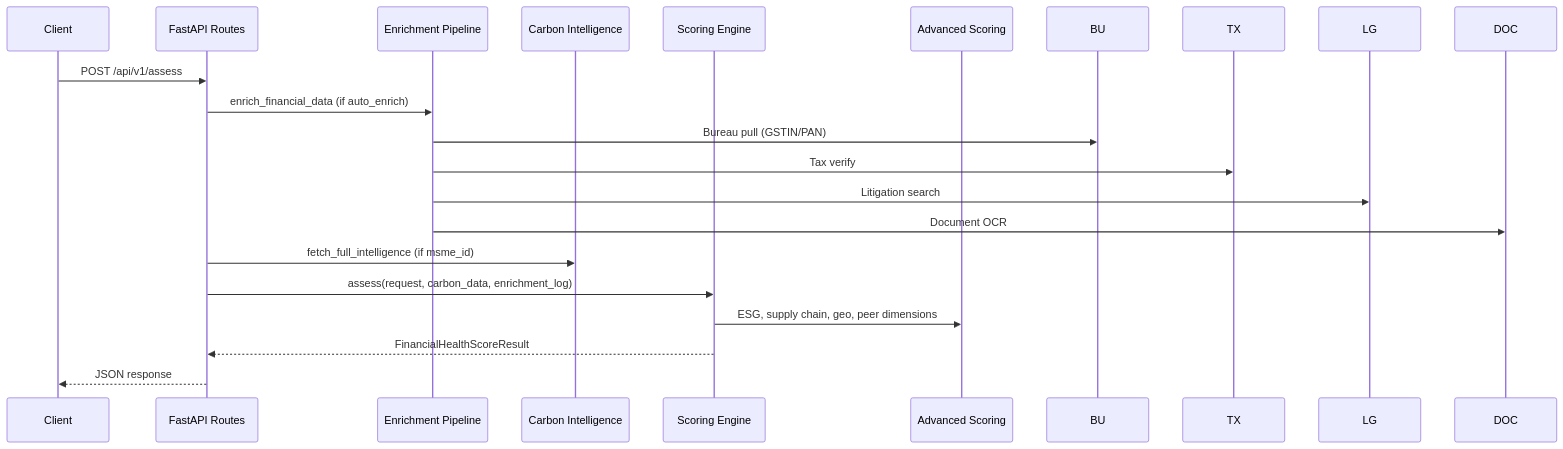
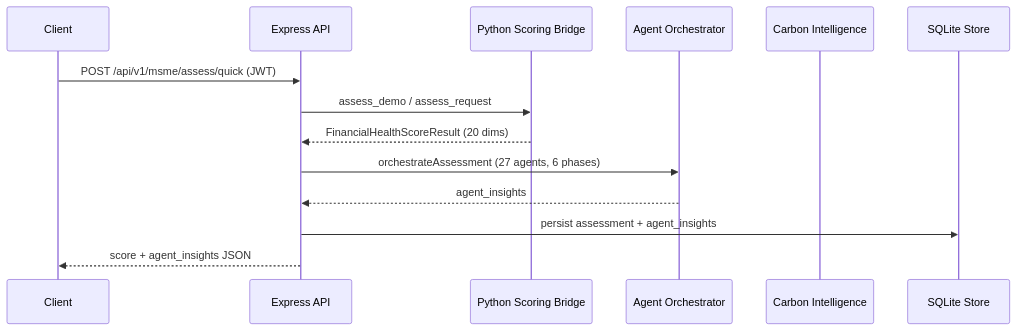
One commit to carbonintelli/FinancialHealthScore changed the second of 3 diagrams in docs/ARCHITECTURE.md. Above: the diagram before and after it, drawn with Mermaid. The commit also changed other lines of this file and 7 other files, not shown here.

````diff
--- a/docs/ARCHITECTURE.md
+++ b/docs/ARCHITECTURE.md
@@ -43,21 +50,17 @@
 ```mermaid
 sequenceDiagram
     participant Client
-    participant API as FastAPI Routes
-    participant Enrich as Enrichment Pipeline
+    participant API as Express API
+    participant Bridge as Python Scoring Bridge
+    participant Orch as Agent Orchestrator
     participant CI as Carbon Intelligence
-    participant Engine as Scoring Engine
-    participant Adv as Advanced Scoring
+    participant DB as SQLite Store
 
-    Client->>API: POST /api/v1/assess
-    API->>Enrich: enrich_financial_data (if auto_enrich)
-    Enrich->>BU: Bureau pull (GSTIN/PAN)
-    Enrich->>TX: Tax verify
-    Enrich->>LG: Litigation search
-    Enrich->>DOC: Document OCR
-    API->>CI: fetch_full_intelligence (if msme_id)
-    API->>Engine: assess(request, carbon_data, enrichment_log)
-    Engine->>Adv: ESG, supply chain, geo, peer dimensions
-    Engine-->>API: FinancialHealthScoreResult
-    API-->>Client: JSON response
+    Client->>API: POST /api/v1/msme/assess/quick (JWT)
+    API->>Bridge: assess_demo / assess_request
+    Bridge-->>API: FinancialHealthScoreResult (20 dims)
+    API->>Orch: orchestrateAssessment (27 agents, 6 phases)
+    Orch-->>API: agent_insights
+    API->>DB: persist assessment + agent_insights
+    API-->>Client: score + agent_insights JSON
 ```
````
